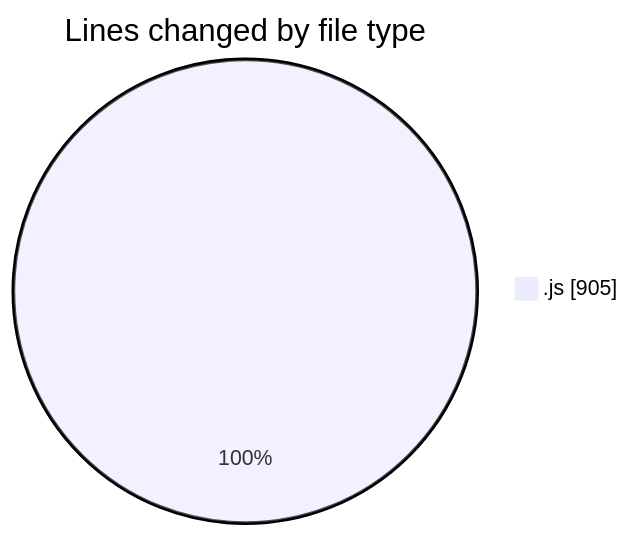
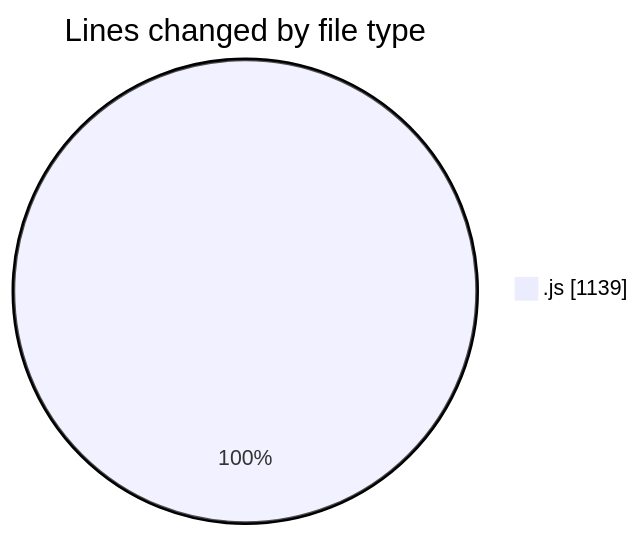
One commit to Ritupan-Deka/code-tracking changed the first of 2 diagrams in 2025-08-04/javascript/README.md. Above: the diagram before and after it, drawn with Mermaid. The commit also changed other lines of this file and 1 other file, not shown here.

````diff
--- a/2025-08-04/javascript/README.md
+++ b/2025-08-04/javascript/README.md
@@ -20,5 +20,5 @@
 ```mermaid
 pie showData
 title Lines changed by file type
-".js" : 905
+".js" : 1139
 ```
````
